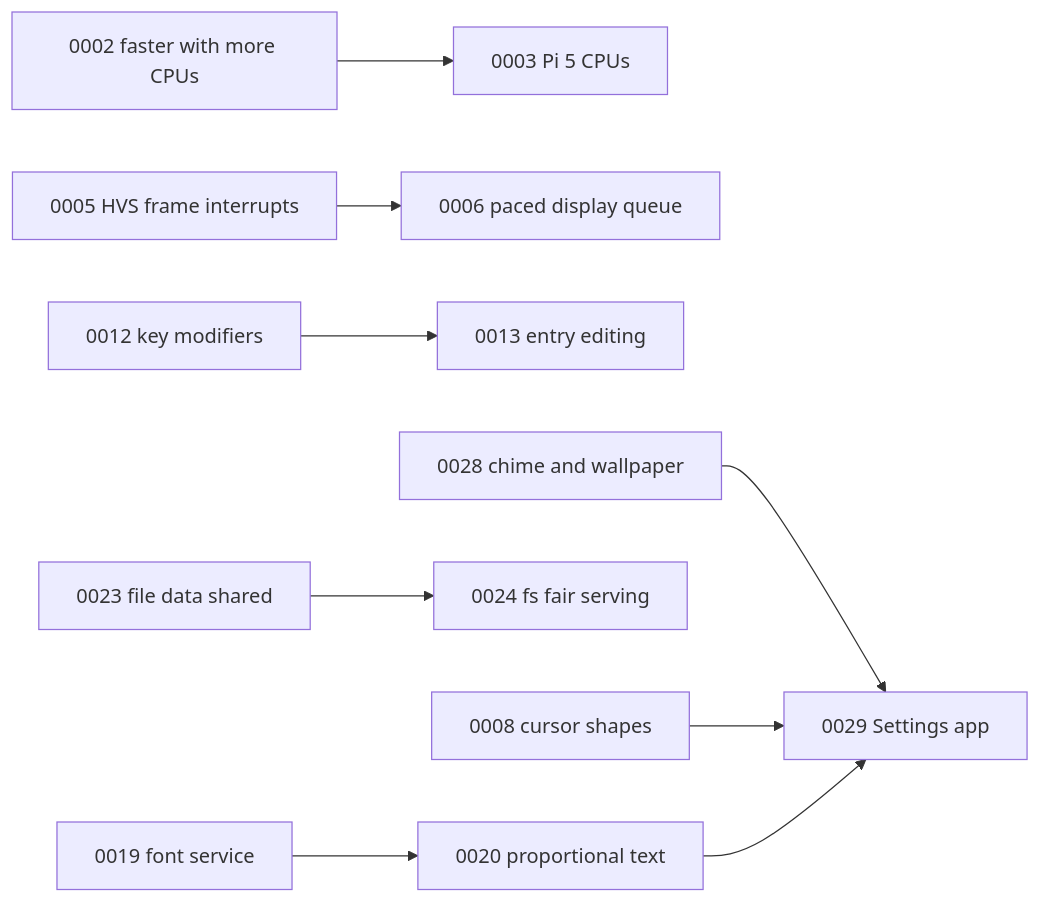
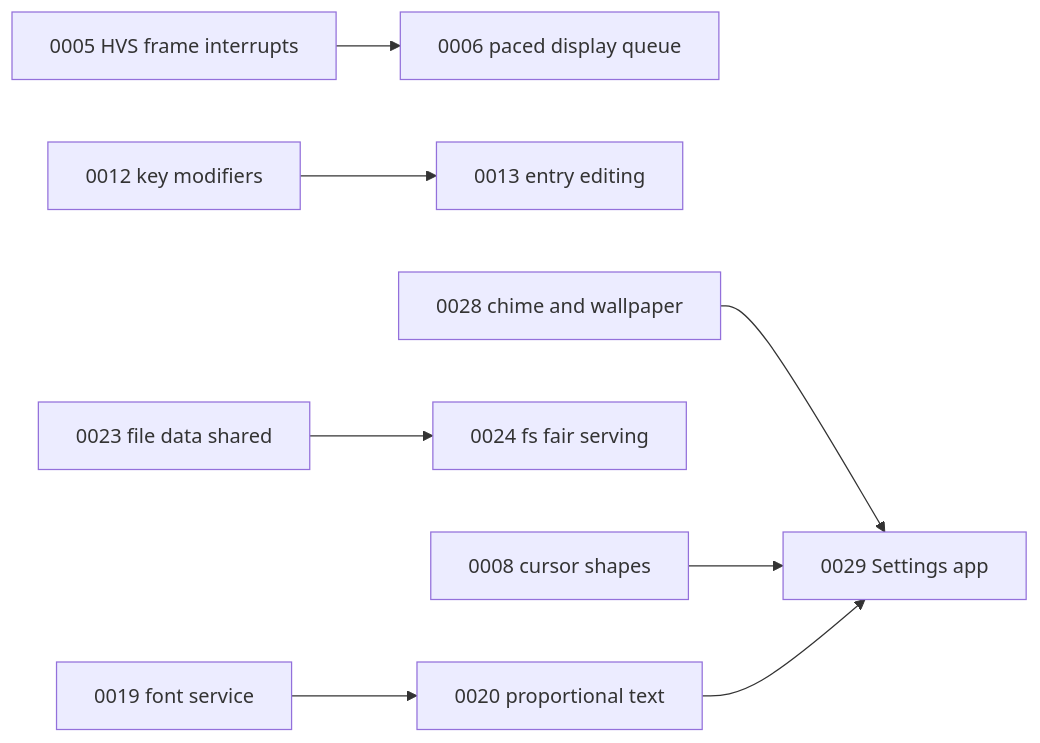
Before and after one commit to misleb/L0S: the diagram in roadmap/INDEX.md, drawn with Mermaid. The commit also changed other lines of this file and 2 other files, not shown here.

First line of the commit message:
Close roadmap 0003, write 0029 (Settings) and 0030 (CPU usage)

````diff
--- a/roadmap/INDEX.md
+++ b/roadmap/INDEX.md
@@ -67,11 +67,10 @@
 ```mermaid
 graph LR
-  0002[0002 faster with more CPUs] --> 0003[0003 Pi 5 CPUs]
   0005[0005 HVS frame interrupts] --> 0006[0006 paced display queue]
   0012[0012 key modifiers] --> 0013[0013 entry editing]
   0019[0019 font service] --> 0020[0020 proportional text]
   0023[0023 file data shared] --> 0024[0024 fs fair serving]
   0028[0028 chime and wallpaper] --> 0029[0029 Settings app]
   0008[0008 cursor shapes] --> 0029
   0020 --> 0029
 ```
````
